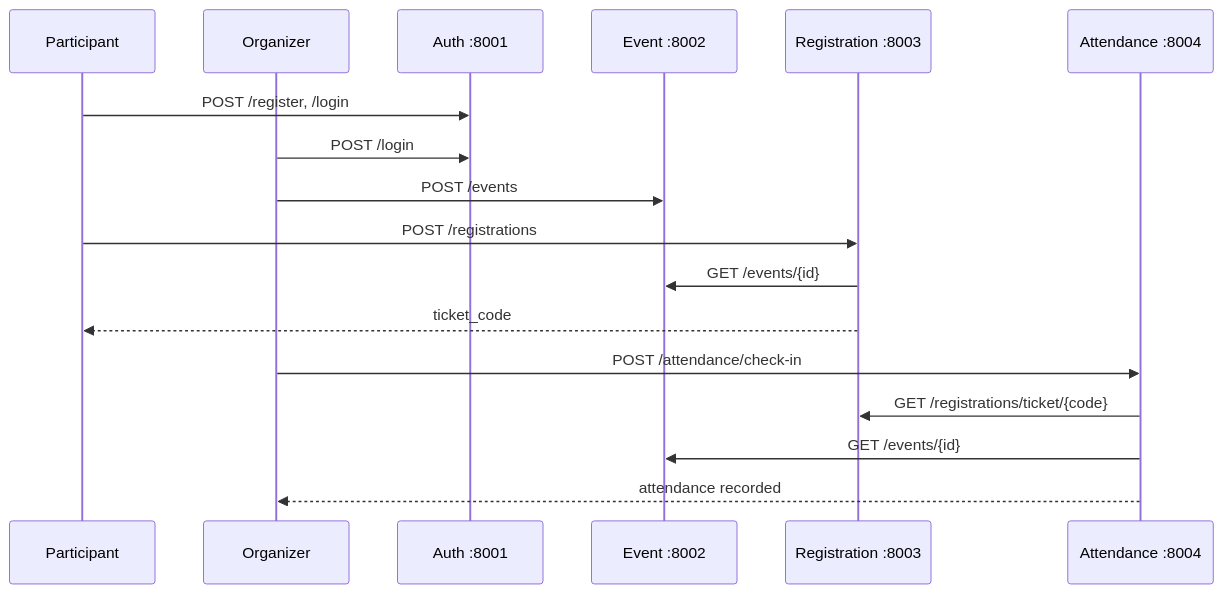
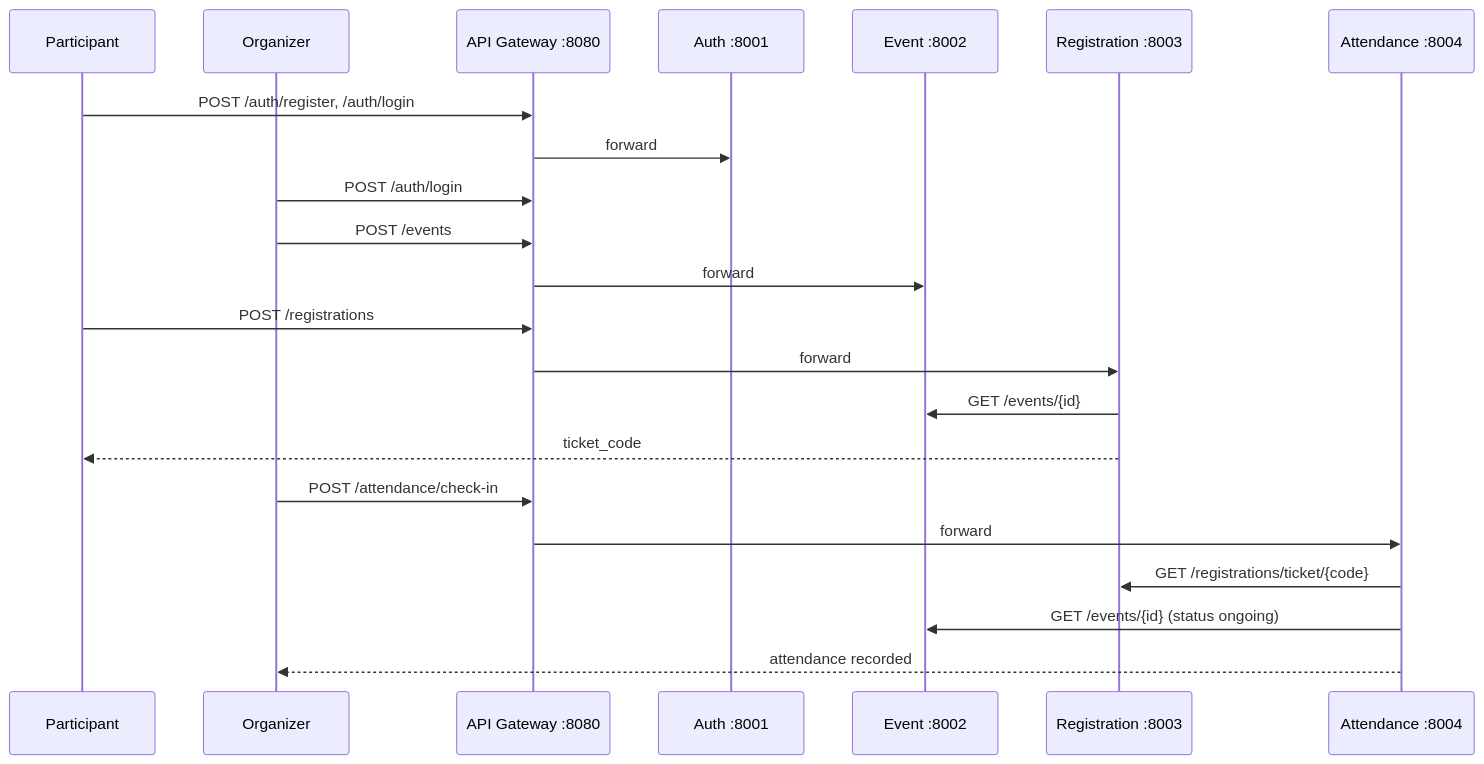
One commit to KampusEvent/kampusevent-infrastructure changed the diagram in INTEGRATION.md. Above: the diagram before and after it, drawn with Mermaid. The commit also changed other lines of this file and 1 other file, not shown here.

Commit message:
feat: update integration documentation with API Gateway architecture, service communication flow, and business rules for event status and check-in

````diff
--- a/INTEGRATION.md
+++ b/INTEGRATION.md
@@ -7,20 +18,25 @@
 ```mermaid
 sequenceDiagram
     participant P as Participant
     participant O as Organizer
+    participant GW as API Gateway :8080
     participant Auth as Auth :8001
     participant Event as Event :8002
     participant Reg as Registration :8003
     participant Att as Attendance :8004
 
-    P->>Auth: POST /register, /login
-    O->>Auth: POST /login
-    O->>Event: POST /events
-    P->>Reg: POST /registrations
+    P->>GW: POST /auth/register, /auth/login
+    GW->>Auth: forward
+    O->>GW: POST /auth/login
+    O->>GW: POST /events
+    GW->>Event: forward
+    P->>GW: POST /registrations
+    GW->>Reg: forward
     Reg->>Event: GET /events/{id}
     Reg-->>P: ticket_code
-    O->>Att: POST /attendance/check-in
+    O->>GW: POST /attendance/check-in
+    GW->>Att: forward
     Att->>Reg: GET /registrations/ticket/{code}
-    Att->>Event: GET /events/{id}
+    Att->>Event: GET /events/{id} (status ongoing)
     Att-->>O: attendance recorded
 ```
````
